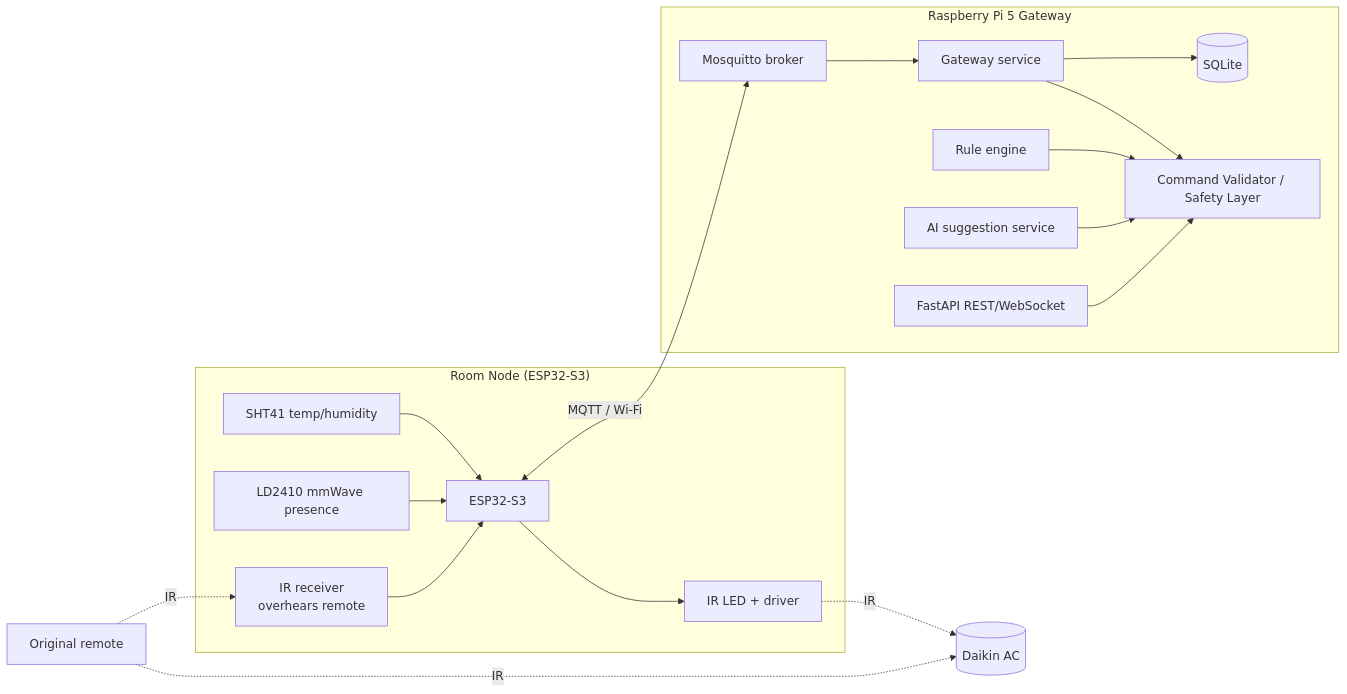
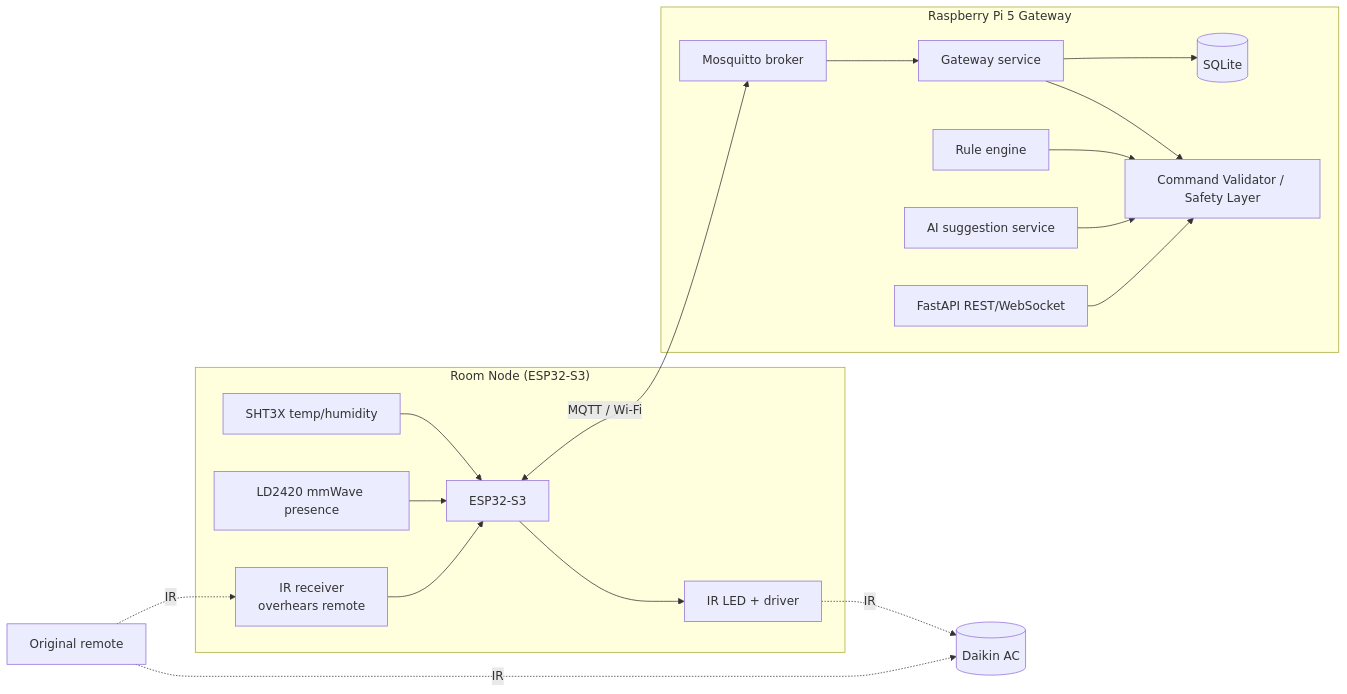
The diagram in docs/ARCHITECTURE.md (nguyenductruc-04/pbl5-smart-ac), drawn with Mermaid before and after one commit. The commit also changed 13 other files, not shown here.

````diff
--- a/docs/ARCHITECTURE.md
+++ b/docs/ARCHITECTURE.md
@@ -3,21 +3,21 @@
 ```mermaid
 flowchart LR
   subgraph Room["Room Node (ESP32-S3)"]
-    S1[SHT41 temp/humidity] --> E[ESP32-S3]
-    S2[LD2410 mmWave presence] --> E
+    S1[SHT3X temp/humidity] --> E[ESP32-S3]
+    S2[LD2420 mmWave presence] --> E
     RX[IR receiver<br/>overhears remote] --> E
     E --> TX[IR LED + driver]
   end
   TX -. IR .-> AC[(Daikin AC)]
   Remote[Original remote] -. IR .-> AC
   Remote -. IR .-> RX
   E <-- "MQTT / Wi-Fi" --> B
   subgraph Pi["Raspberry Pi 5 Gateway"]
     B[Mosquitto broker] --> G[Gateway service]
     G --> DB[(SQLite)]
     G --> V[Command Validator / Safety Layer]
     R[Rule engine] --> V
     AI[AI suggestion service] --> V
     API[FastAPI REST/WebSocket] --> V
   end
 ```
````
